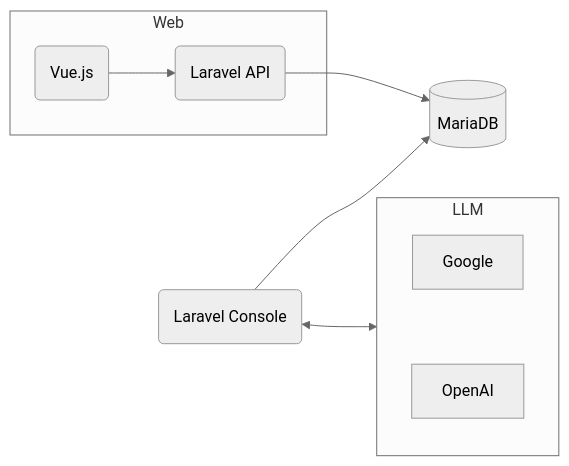
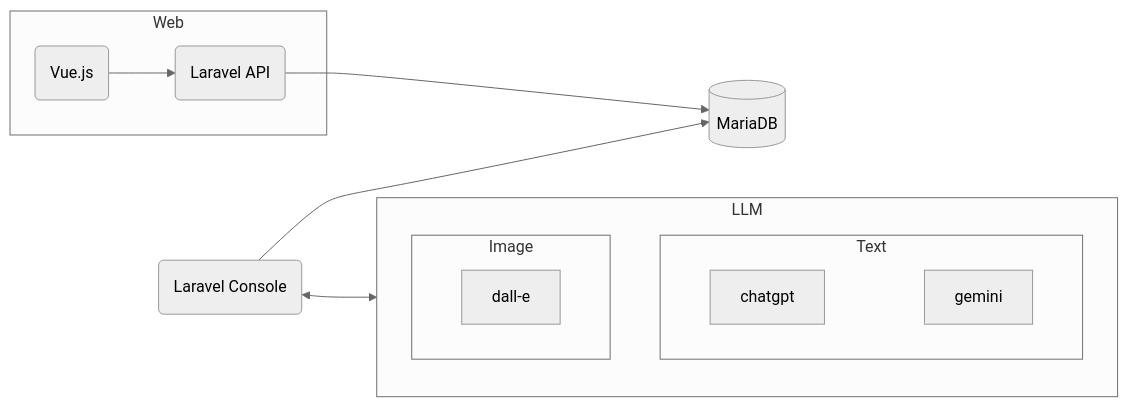
The first of 2 diagrams in README.md (joyrswd/article), drawn with Mermaid (neutral theme) before and after one commit. The commit also changed other lines of this file and 3 other files, not shown here.

````diff
--- a/README.md
+++ b/README.md
@@ -36,19 +37,24 @@
 ```mermaid
 graph LR
 
 subgraph LLM
-    Google
-    ~~~OpenAI
+    subgraph Text
+        chatgpt
+        ~~~gemini
+    end
+    subgraph Image
+        dall-e
+    end
 end
 
 Batch(Laravel Console)
 DB[(MariaDB)]
 
 subgraph Web
 Front(Vue.js) --> API(Laravel API)
 end
 
 Batch <--> LLM
 Batch --> DB
 API --> DB
 ```
````
